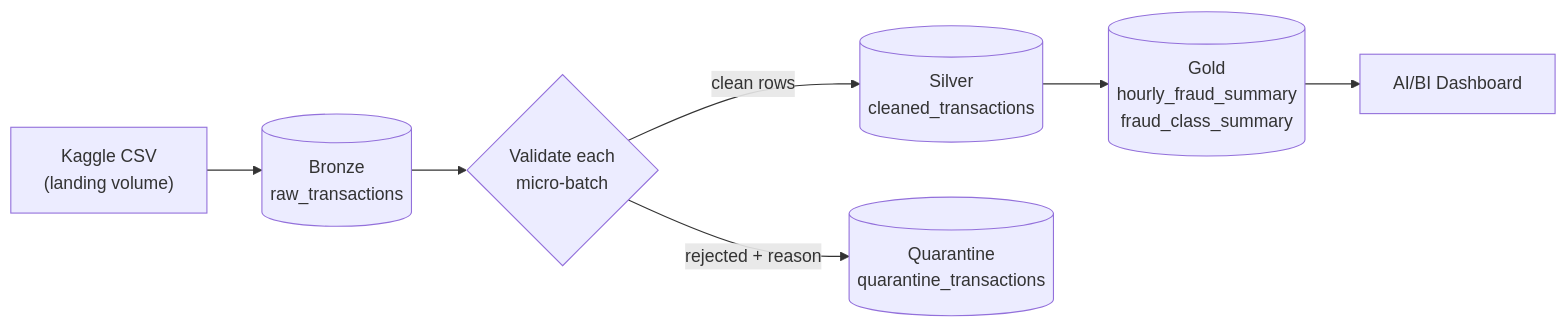
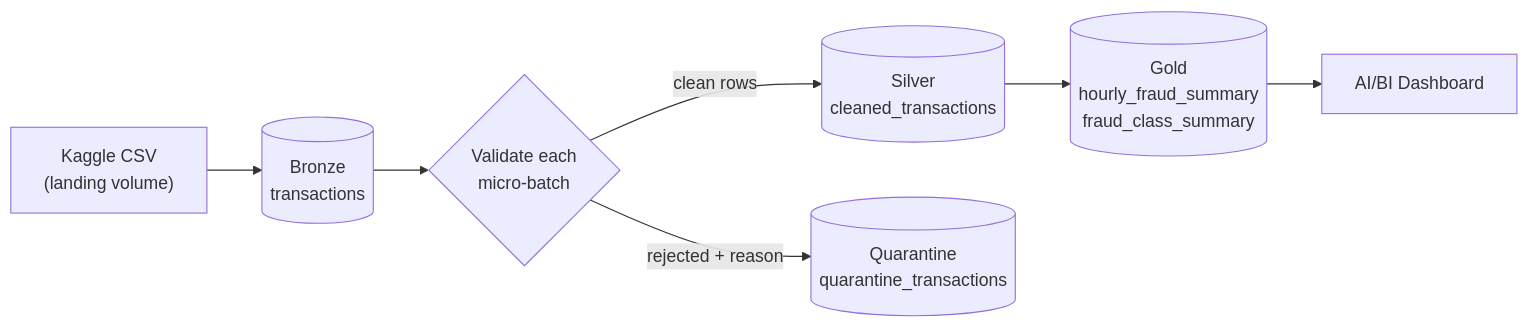
One commit to Shehzad07/realtime-fraud-detection-pipeline changed the diagram in README.md. Above: the diagram before and after it, drawn with Mermaid.

Commit message:
Fix diagram labels in README.md

````diff
--- a/README.md
+++ b/README.md
@@ -10,9 +10,9 @@
 ```mermaid
 flowchart LR
-    A["Kaggle CSV<br/>(landing volume)"] --> B[("Bronze<br/>raw_transactions")]
+    A["Kaggle CSV<br/>(landing volume)"] --> B[("Bronze<br/>transactions")]
     B --> C{"Validate each<br/>micro-batch"}
     C -->|clean rows| D[("Silver<br/>cleaned_transactions")]
     C -->|rejected + reason| E[("Quarantine<br/>quarantine_transactions")]
     D --> F[("Gold<br/>hourly_fraud_summary<br/>fraud_class_summary")]
     F --> G["AI/BI Dashboard"]
 ```
````
